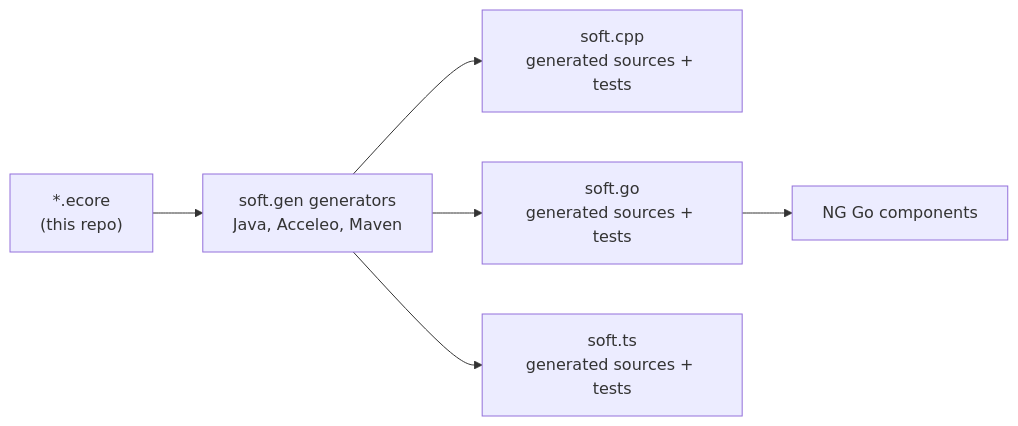
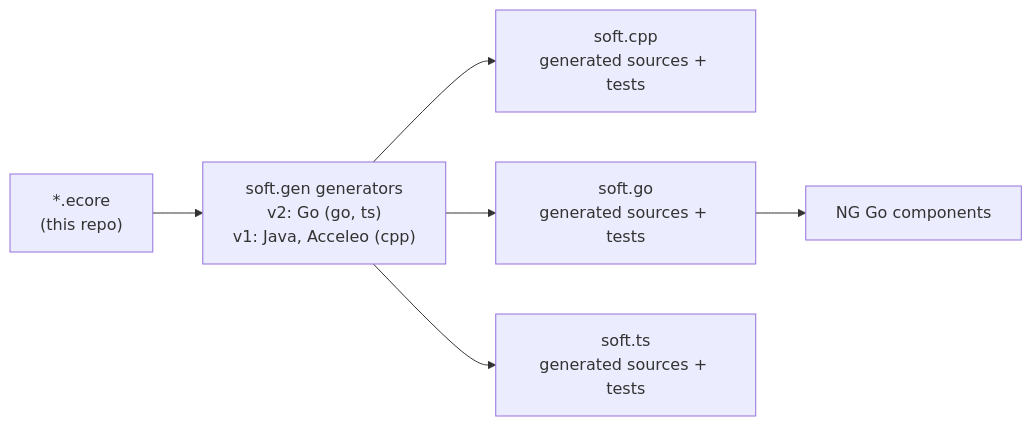
Before and after one commit to masagroup/soft.models: the second of 2 diagrams in README.md, drawn with Mermaid. The commit also changed other lines of this file, not shown here.

Commit message:
docs(readme): soft.go and soft.ts generate with soft.gen v2

````diff
--- a/README.md
+++ b/README.md
@@ -185,8 +185,8 @@
 ```mermaid
 flowchart LR
-    E["*.ecore<br/>(this repo)"] --> J["soft.gen generators<br/>Java, Acceleo, Maven"]
+    E["*.ecore<br/>(this repo)"] --> J["soft.gen generators<br/>v2: Go (go, ts)<br/>v1: Java, Acceleo (cpp)"]
     J --> R1["soft.cpp<br/>generated sources + tests"]
     J --> R2["soft.go<br/>generated sources + tests"]
     J --> R3["soft.ts<br/>generated sources + tests"]
     R2 --> D["NG Go components"]
 ```
````
